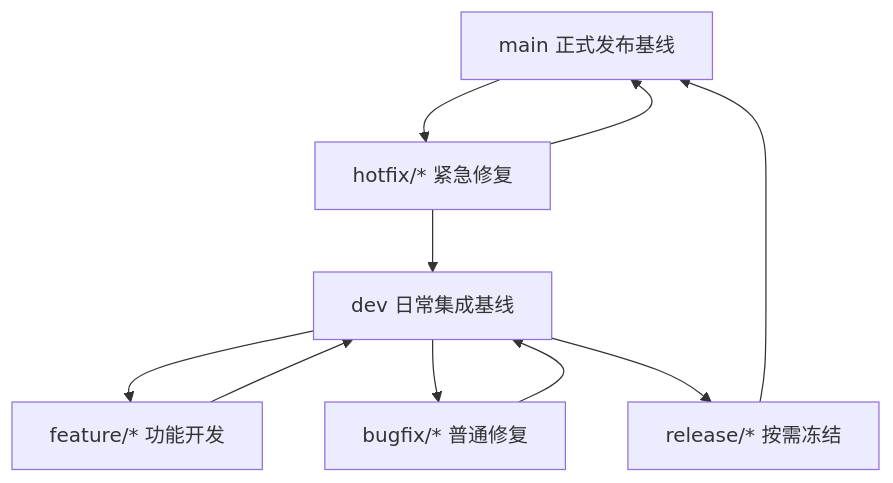
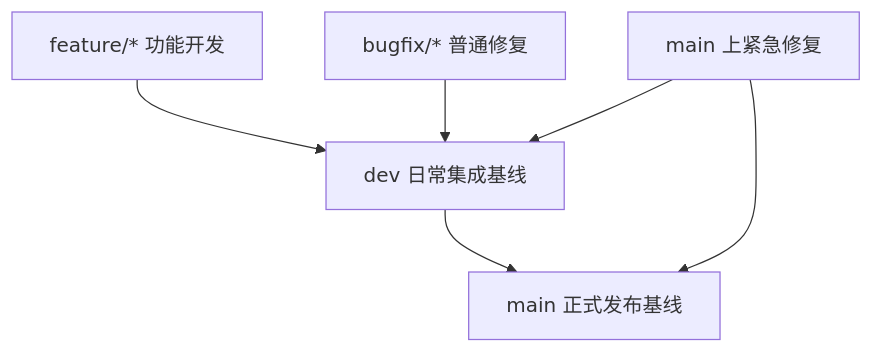
One commit to Websoft9/websoft9 changed the diagram in docs/standards/devops/branching-and-artifacts_cn.md. Above: the diagram before and after it, drawn with Mermaid. The commit also changed other lines of this file and 26 other files, not shown here.

Commit message:
Refine release artifacts and metadata flow

````diff
--- a/docs/standards/devops/branching-and-artifacts_cn.md
+++ b/docs/standards/devops/branching-and-artifacts_cn.md
@@ -109,12 +111,14 @@
 ```mermaid
 flowchart TD
-    A[main 正式发布基线] --> B[hotfix/* 紧急修复]
-    C[dev 日常集成基线] --> D[feature/* 功能开发]
-    C --> E[bugfix/* 普通修复]
-    C --> F[release/* 按需冻结]
-    D --> C
-    E --> C
-    F --> A
+    A[main 正式发布基线]
+    B[dev 日常集成基线]
+    C[feature/* 功能开发]
+    D[bugfix/* 普通修复]
+    E[main 上紧急修复]
+
+    C --> B
+    D --> B
     B --> A
-    B --> C
+    E --> A
+    E --> B
 ```
````
